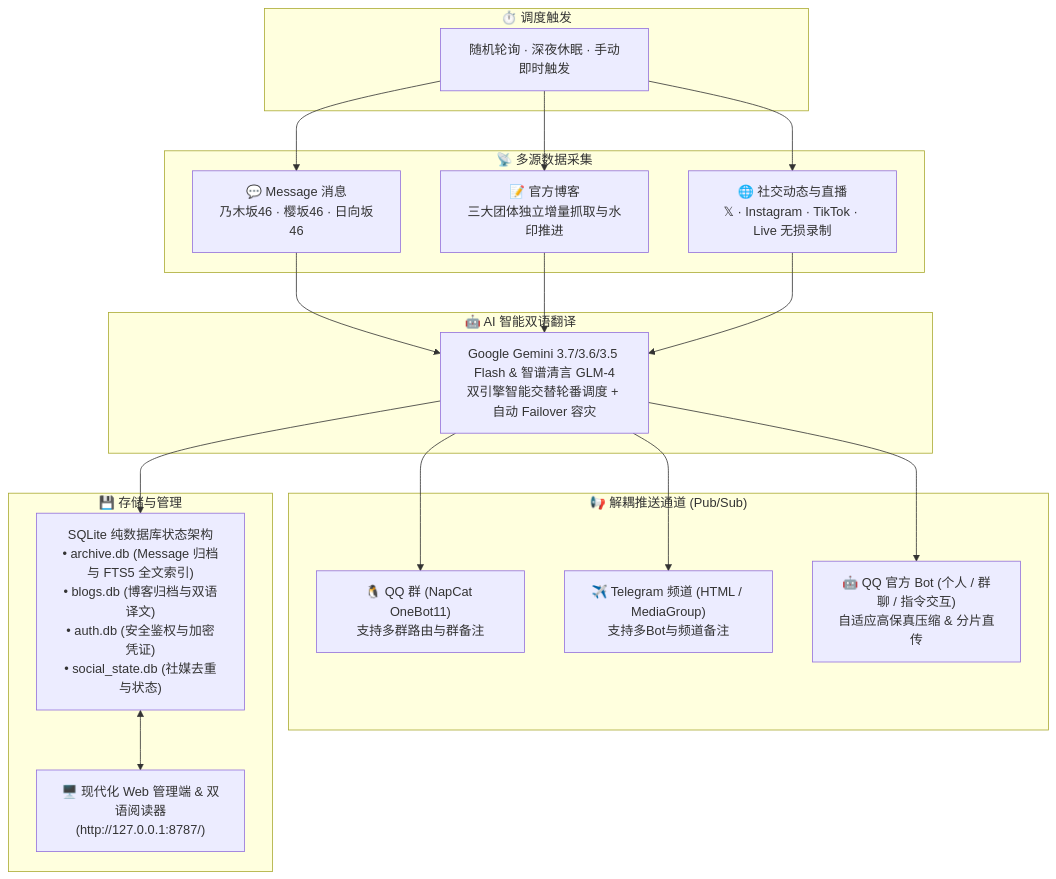
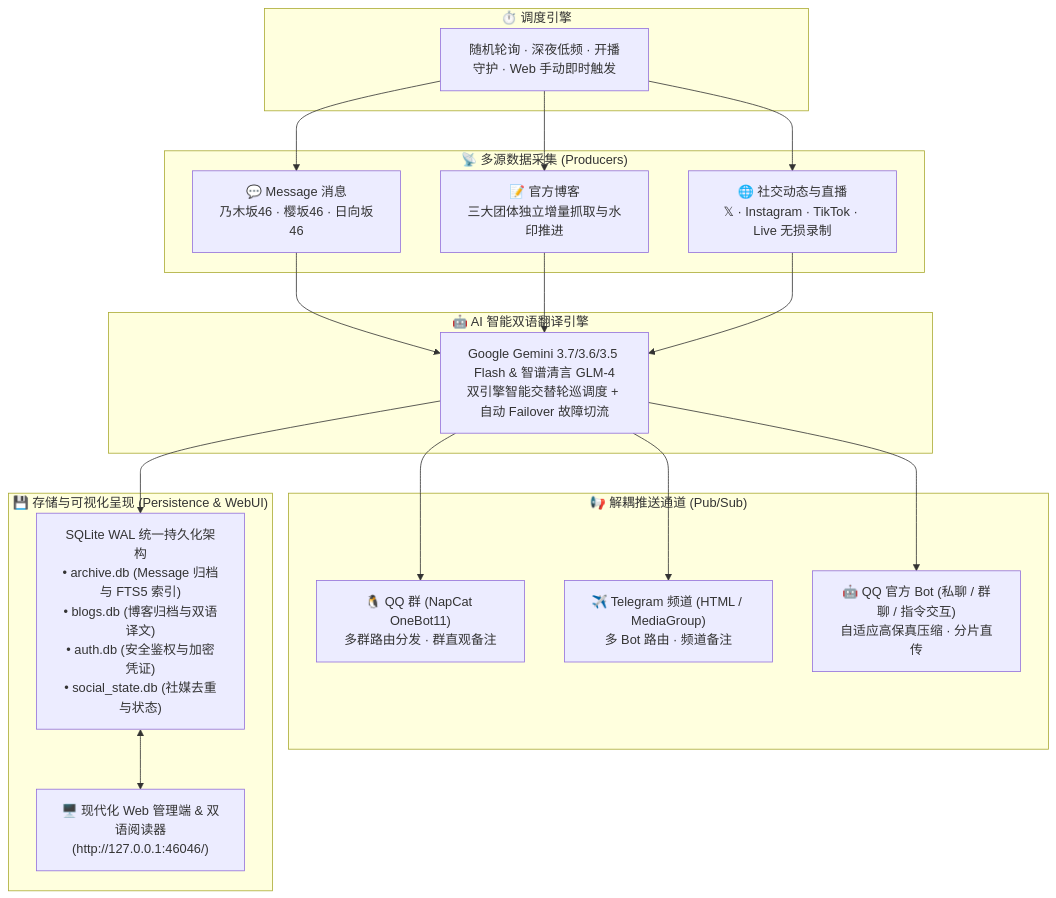
One commit to TomisatoNao/nogizaka-message-push changed the first of 2 diagrams in README.md. Above: the diagram before and after it, drawn with Mermaid. The commit also changed other lines of this file and 21 other files, not shown here.

````diff
--- a/README.md
+++ b/README.md
@@ -13,33 +28,33 @@
 ```mermaid
 flowchart TD
-    subgraph S1["⏱️ 调度触发"]
-        Trigger["随机轮询 · 深夜休眠 · 手动即时触发"]
+    subgraph S1["⏱️ 调度引擎"]
+        Trigger["随机轮询 · 深夜低频 · 开播守护 · Web 手动即时触发"]
     end
 
-    subgraph S2["📡 多源数据采集"]
+    subgraph S2["📡 多源数据采集 (Producers)"]
         P1["💬 Message 消息<br/>乃木坂46 · 樱坂46 · 日向坂46"]
         P2["📝 官方博客<br/>三大团体独立增量抓取与水印推进"]
         P3["🌐 社交动态与直播<br/>𝕏 · Instagram · TikTok · Live 无损录制"]
     end
 
-    subgraph S3["🤖 AI 智能双语翻译"]
-        AI["Google Gemini 3.7/3.6/3.5 Flash & 智谱清言 GLM-4<br/>双引擎智能交替轮番调度 + 自动 Failover 容灾"]
+    subgraph S3["🤖 AI 智能双语翻译引擎"]
+        AI["Google Gemini 3.7/3.6/3.5 Flash & 智谱清言 GLM-4<br/>双引擎智能交替轮巡调度 + 自动 Failover 故障切流"]
     end
 
     subgraph S4["📢 解耦推送通道 (Pub/Sub)"]
-        Push1["🐧 QQ 群 (NapCat OneBot11)<br/>支持多群路由与群备注"]
-        Push2["✈️ Telegram 频道 (HTML / MediaGroup)<br/>支持多Bot与频道备注"]
-        Push3["🤖 QQ 官方 Bot (个人 / 群聊 / 指令交互)<br/>自适应高保真压缩 & 分片直传"]
+        Push1["🐧 QQ 群 (NapCat OneBot11)<br/>多群路由分发 · 群直观备注"]
+        Push2["✈️ Telegram 频道 (HTML / MediaGroup)<br/>多 Bot 路由 · 频道备注"]
+        Push3["🤖 QQ 官方 Bot (私聊 / 群聊 / 指令交互)<br/>自适应高保真压缩 · 分片直传"]
     end
 
-    subgraph S5["💾 存储与管理"]
-        DB["SQLite 纯数据库状态架构<br/>• archive.db (Message 归档与 FTS5 全文索引)<br/>• blogs.db (博客归档与双语译文)<br/>• auth.db (安全鉴权与加密凭证)<br/>• social_state.db (社媒去重与状态)"]
-        WebUI["🖥️ 现代化 Web 管理端 & 双语阅读器<br/>(http://127.0.0.1:8787/)"]
+    subgraph S5["💾 存储与可视化呈现 (Persistence & WebUI)"]
+        DB["SQLite WAL 统一持久化架构<br/>• archive.db (Message 归档与 FTS5 索引)<br/>• blogs.db (博客归档与双语译文)<br/>• auth.db (安全鉴权与加密凭证)<br/>• social_state.db (社媒去重与状态)"]
+        WebUI["🖥️ 现代化 Web 管理端 & 双语阅读器<br/>(http://127.0.0.1:46046/)"]
     end
 
     Trigger --> P1 & P2 & P3
     P1 & P2 & P3 --> AI
     AI --> Push1 & Push2 & Push3
     AI --> DB
     DB <--> WebUI
 ```
````
